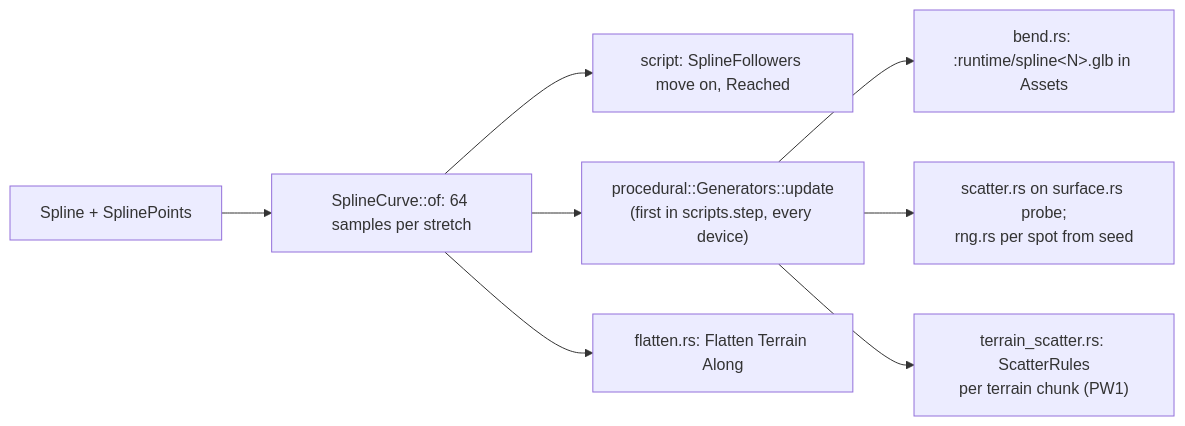
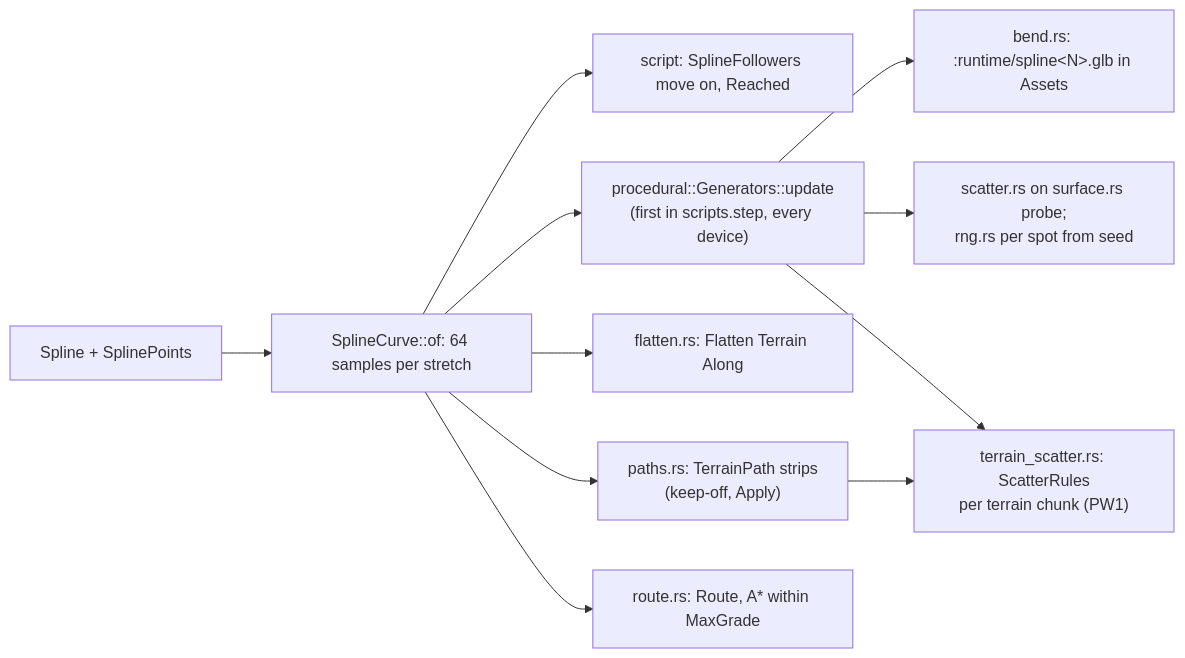
One commit to MrBearson321/Axcenity-Engine changed the diagram in wiki/Engine-Systems/Splines-and-Procedural.md. Above: the diagram before and after it, drawn with Mermaid. The commit also changed other lines of this file and 34 other files, not shown here.

First line of the commit message:
Terrain paths: roads that keep scatter off, apply and route (PW4)

````diff
--- a/wiki/Engine-Systems/Splines-and-Procedural.md
+++ b/wiki/Engine-Systems/Splines-and-Procedural.md
@@ -21,10 +21,13 @@
 ```mermaid
 flowchart LR
   SP[Spline + SplinePoints] --> C[SplineCurve::of: 64 samples per stretch]
   C --> FOL[script: SplineFollowers move on, Reached]
   C --> GEN["procedural::Generators::update<br/>(first in scripts.step, every device)"]
   GEN --> BM["bend.rs: :runtime/spline&lt;N&gt;.glb in Assets"]
   GEN --> SC["scatter.rs on surface.rs probe;<br/>rng.rs per spot from seed"]
   C --> FL[flatten.rs: Flatten Terrain Along]
   GEN --> TSC["terrain_scatter.rs: ScatterRules<br/>per terrain chunk (PW1)"]
+  C --> TP["paths.rs: TerrainPath strips<br/>(keep-off, Apply)"]
+  TP --> TSC
+  C --> RT["route.rs: Route, A* within MaxGrade"]
 ```
````
